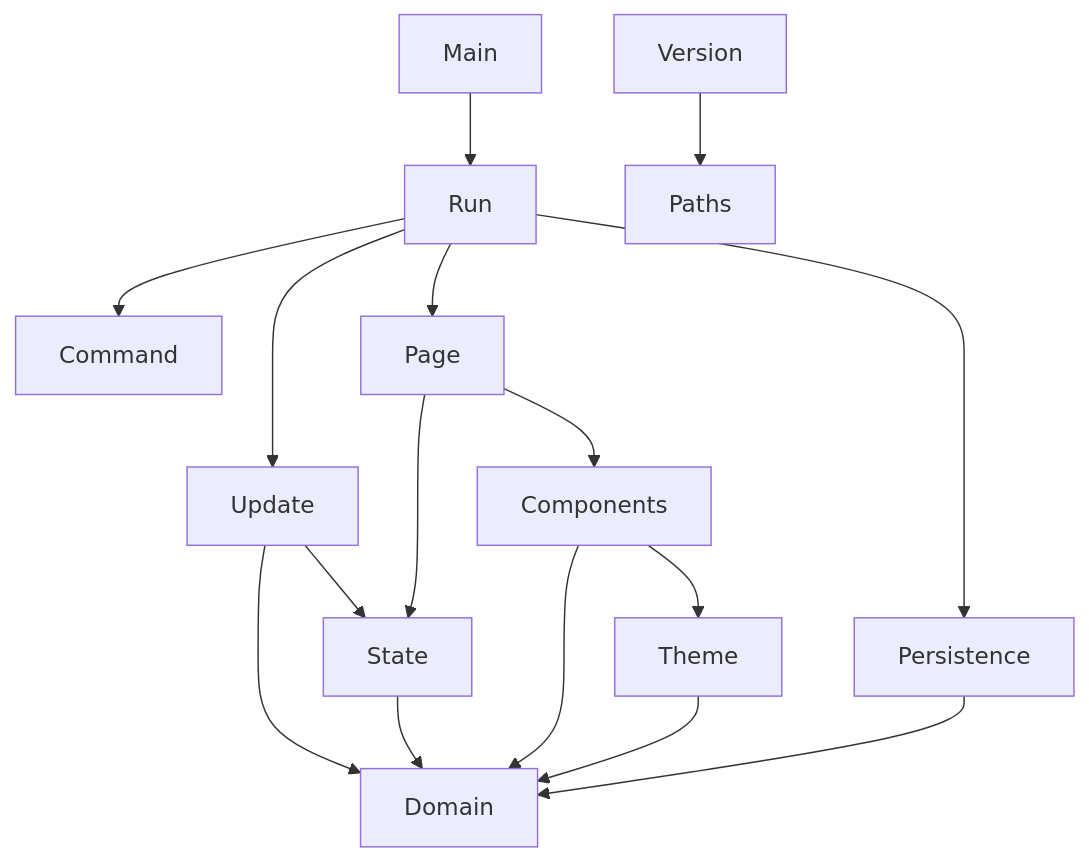
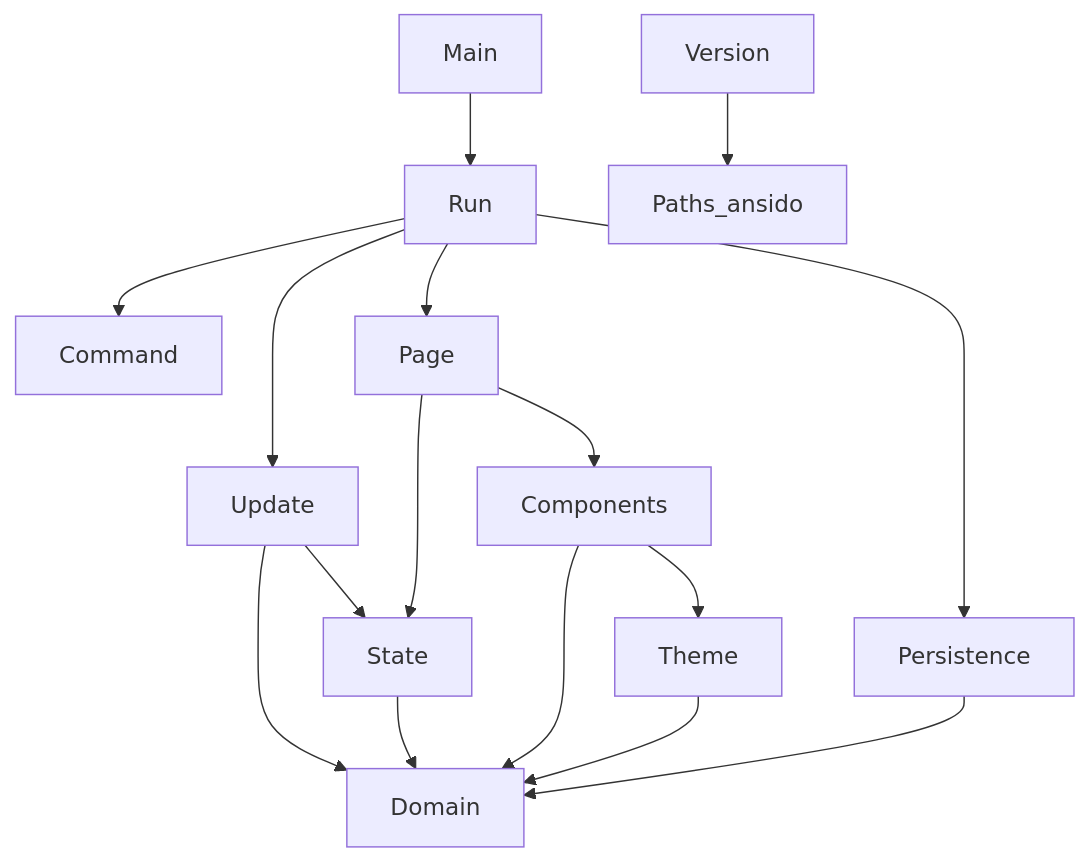
The diagram in docs/architecture.md (Tralen/ansido), drawn with Mermaid before and after one commit. The commit also changed 14 other files, not shown here.

````diff
--- a/docs/architecture.md
+++ b/docs/architecture.md
@@ -18,18 +18,18 @@
 ```mermaid
 graph TD
     Main --> Run
     Run --> Command
     Run --> Update
     Run --> Page
     Run --> Persistence
     Update --> State
     Update --> Domain
     State --> Domain
     Page --> State
     Page --> Components
     Components --> Theme
     Components --> Domain
     Theme --> Domain
     Persistence --> Domain
-    Version --> Paths
+    Version --> Paths_ansido
 ```
````
